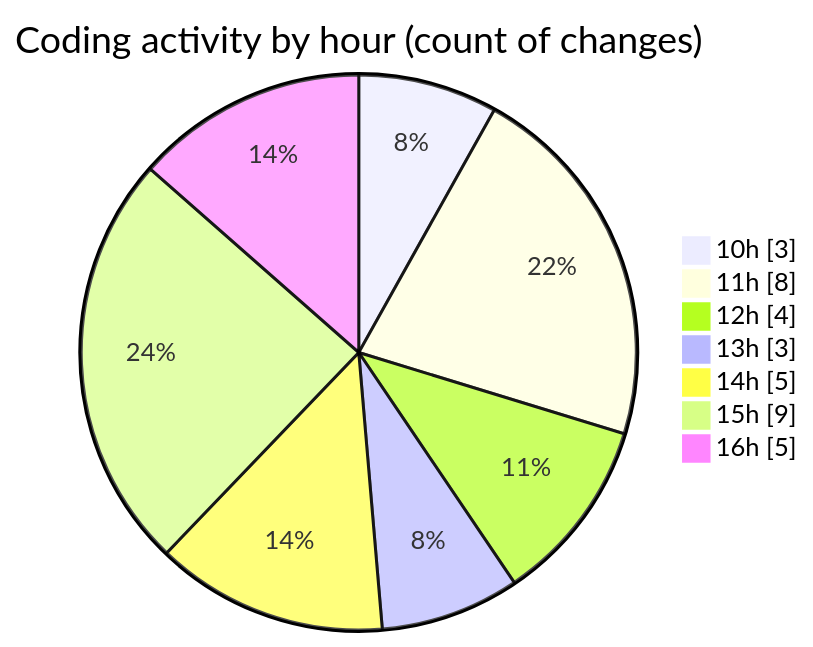
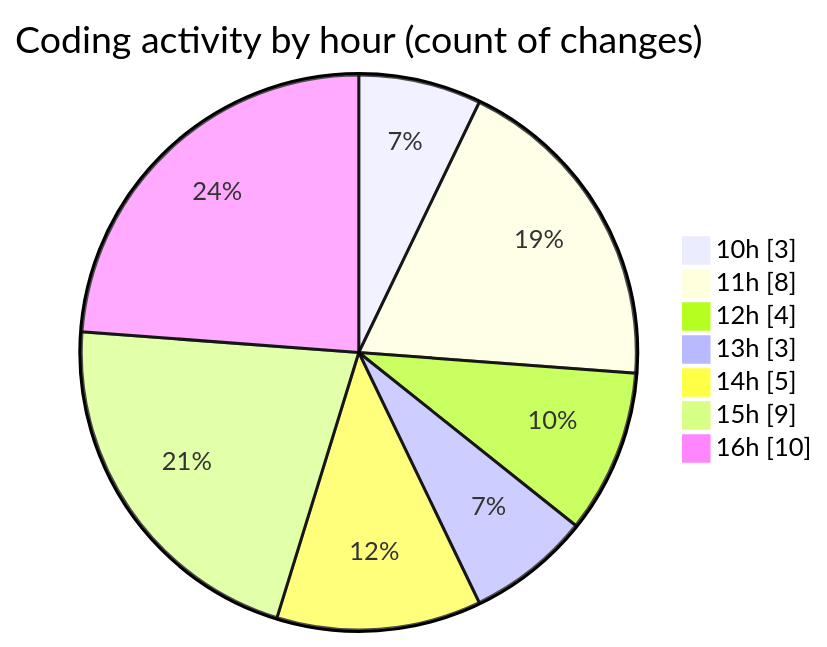
The second of 2 diagrams in 2025-11-07/nxtqube_webapp/README.md (nxtqubesakshisongat/code-tracking), drawn with Mermaid before and after one commit. The commit also changed other lines of this file and 1 other file, not shown here.

````diff
--- a/2025-11-07/nxtqube_webapp/README.md
+++ b/2025-11-07/nxtqube_webapp/README.md
@@ -36,11 +36,11 @@
 ```mermaid
 pie showData
 title Coding activity by hour (count of changes)
 "10h" : 3
 "11h" : 8
 "12h" : 4
 "13h" : 3
 "14h" : 5
 "15h" : 9
-"16h" : 5
+"16h" : 10
 ```
````
